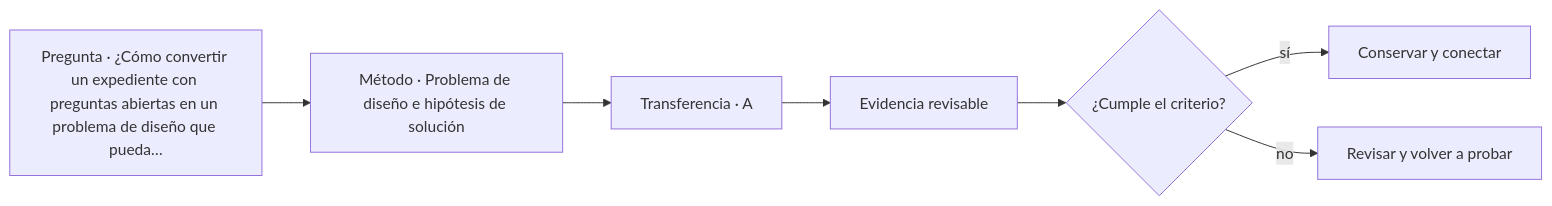
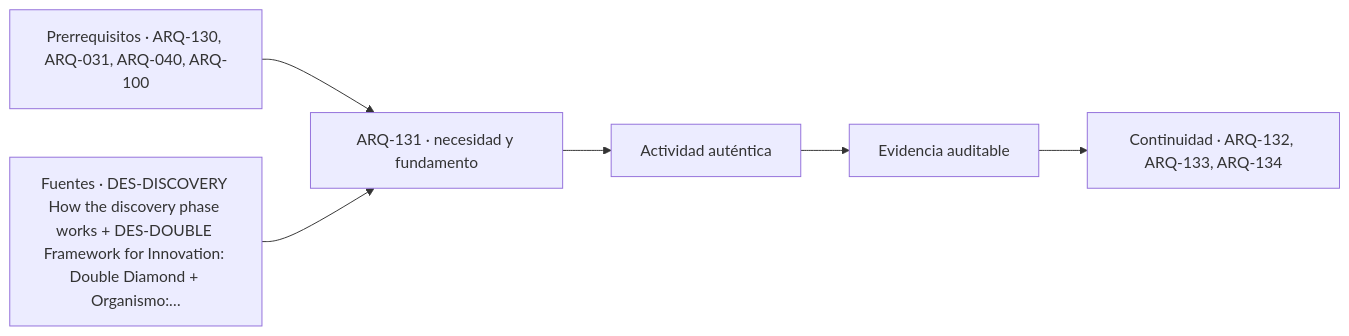
Before and after one commit to vladimiracunadev-create/architecture-built-environment-learning-program: the diagram in classes/parte-14/ARQ-131.md, drawn with Mermaid. The commit also changed other lines of this file and 761 other files, not shown here.

````diff
--- a/classes/parte-14/ARQ-131.md
+++ b/classes/parte-14/ARQ-131.md
@@ -149,9 +161,8 @@
 ```mermaid
 flowchart LR
-    Q["Pregunta · ¿Cómo convertir un expediente con preguntas abiertas en un problema de diseño que pueda…"] --> M["Método · Problema de diseño e hipótesis de solución"]
-    M --> P["Transferencia · A"]
-    P --> E["Evidencia revisable"]
-    E --> C{"¿Cumple el criterio?"}
-    C -->|sí| T["Conservar y conectar"]
-    C -->|no| R["Revisar y volver a probar"]
+    A["Prerrequisitos · ARQ-130, ARQ-031, ARQ-040, ARQ-100"] --> B["ARQ-131 · necesidad y fundamento"]
+    S["Fuentes · DES-DISCOVERY How the discovery phase works + DES-DOUBLE Framework for Innovation: Double Diamond + Organismo:…"] --> B
+    B --> C["Actividad auténtica"]
+    C --> D["Evidencia auditable"]
+    D --> E["Continuidad · ARQ-132, ARQ-133, ARQ-134"]
 ```
````
